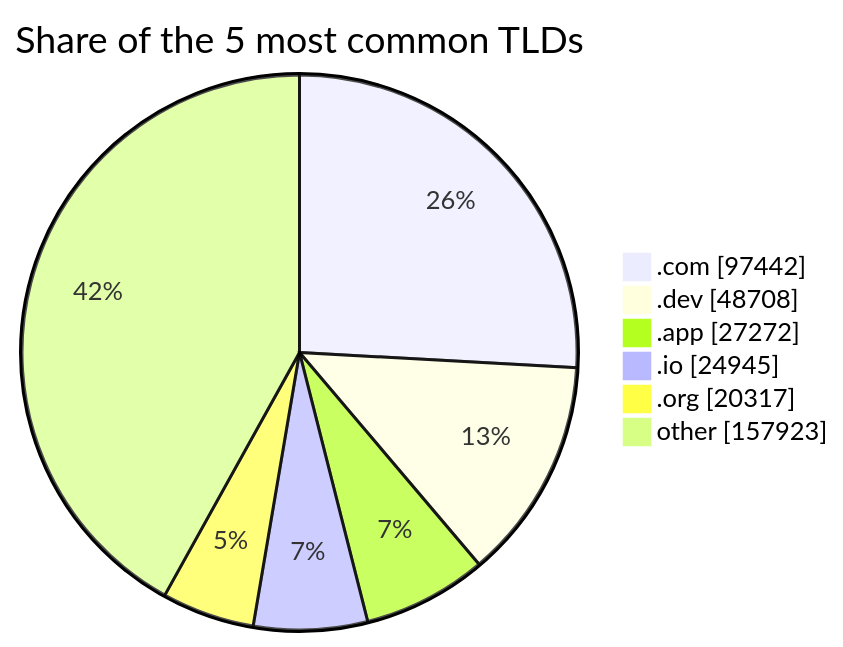
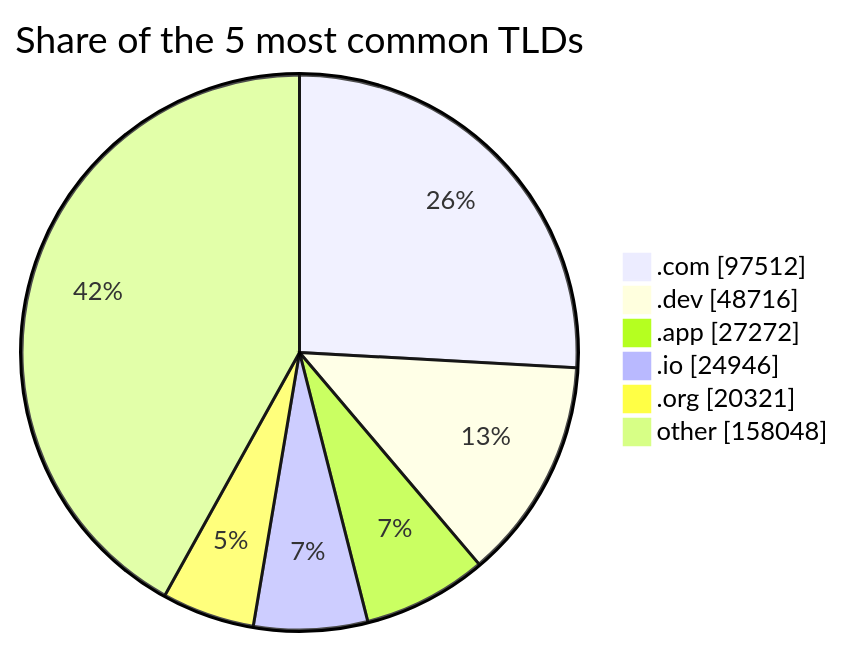
The third of 3 diagrams in README.md (DNSBunker/CTI), drawn with Mermaid before and after one commit. The commit also changed other lines of this file and 3 other files, not shown here.

````diff
--- a/README.md
+++ b/README.md
@@ -81,9 +81,9 @@
 ```mermaid
 pie showData title Share of the 5 most common TLDs
-    ".com" : 97442
-    ".dev" : 48708
+    ".com" : 97512
+    ".dev" : 48716
     ".app" : 27272
-    ".io" : 24945
-    ".org" : 20317
-    "other" : 157923
+    ".io" : 24946
+    ".org" : 20321
+    "other" : 158048
 ```
````
